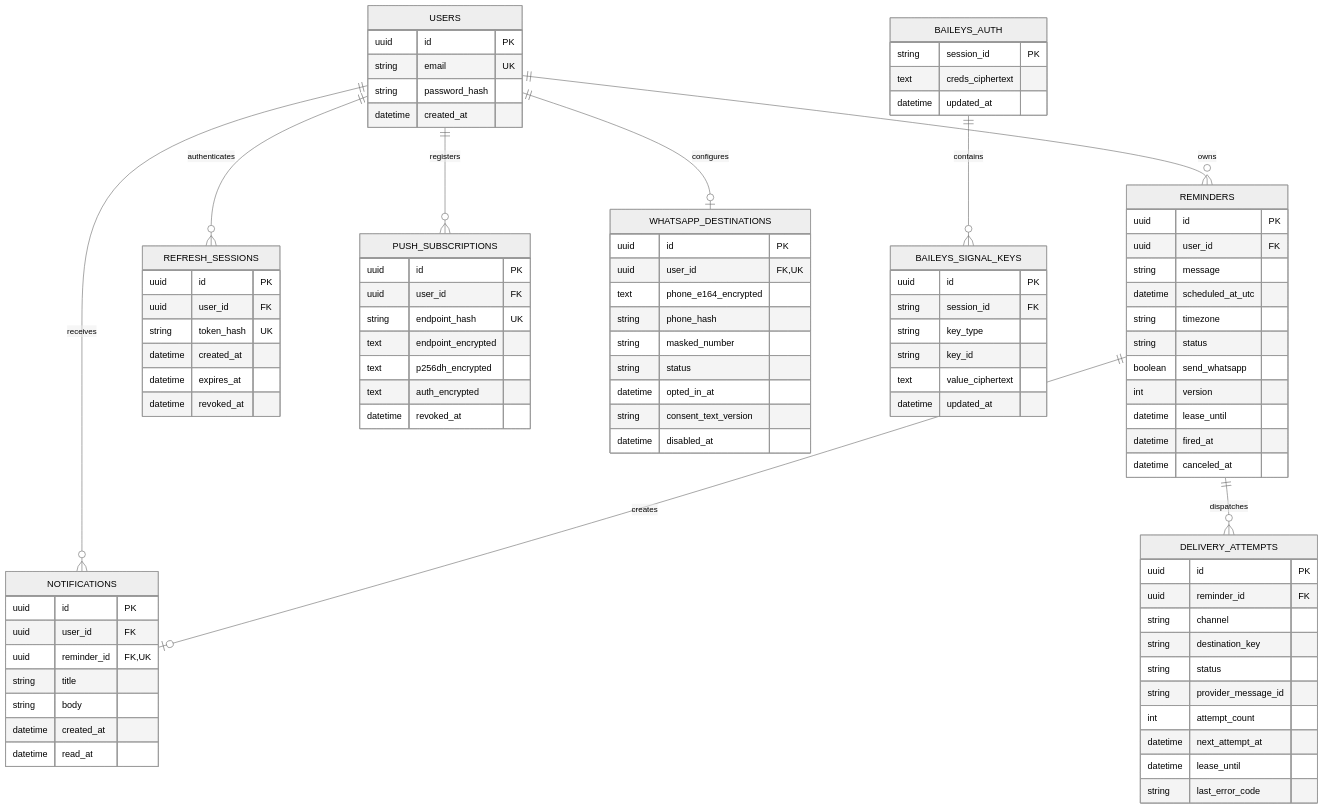
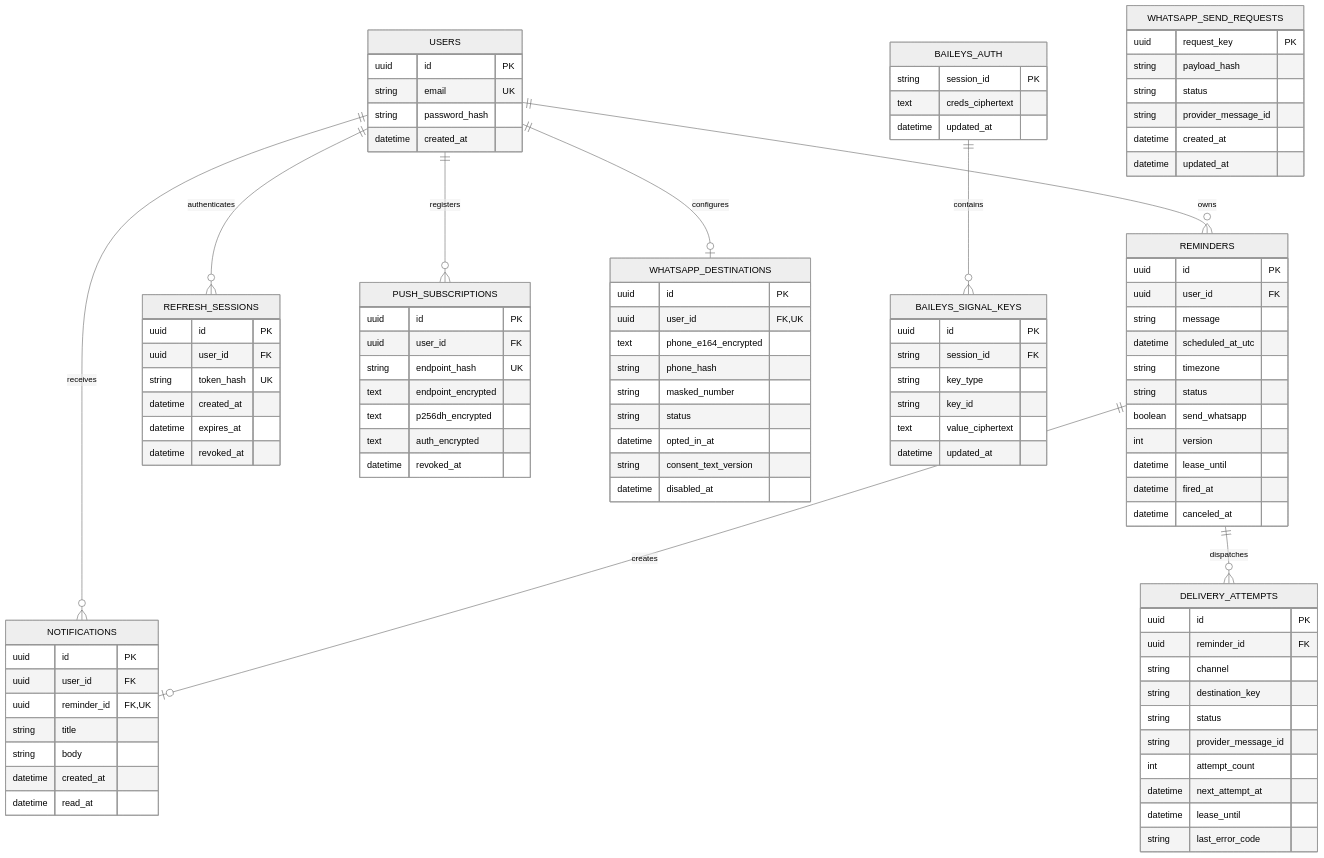
One commit to Eliseo10208/recordatorios-mvp changed the third of 3 diagrams in docs/specs/MVP_RECORDATORIOS.md. Above: the diagram before and after it, drawn with Mermaid (neutral theme). The commit also changed other lines of this file and 31 other files, not shown here.

````diff
--- a/docs/specs/MVP_RECORDATORIOS.md
+++ b/docs/specs/MVP_RECORDATORIOS.md
@@ -341,4 +341,13 @@
         text value_ciphertext
         datetime updated_at
     }
+
+    WHATSAPP_SEND_REQUESTS {
+        uuid request_key PK
+        string payload_hash
+        string status
+        string provider_message_id
+        datetime created_at
+        datetime updated_at
+    }
 ```
````
